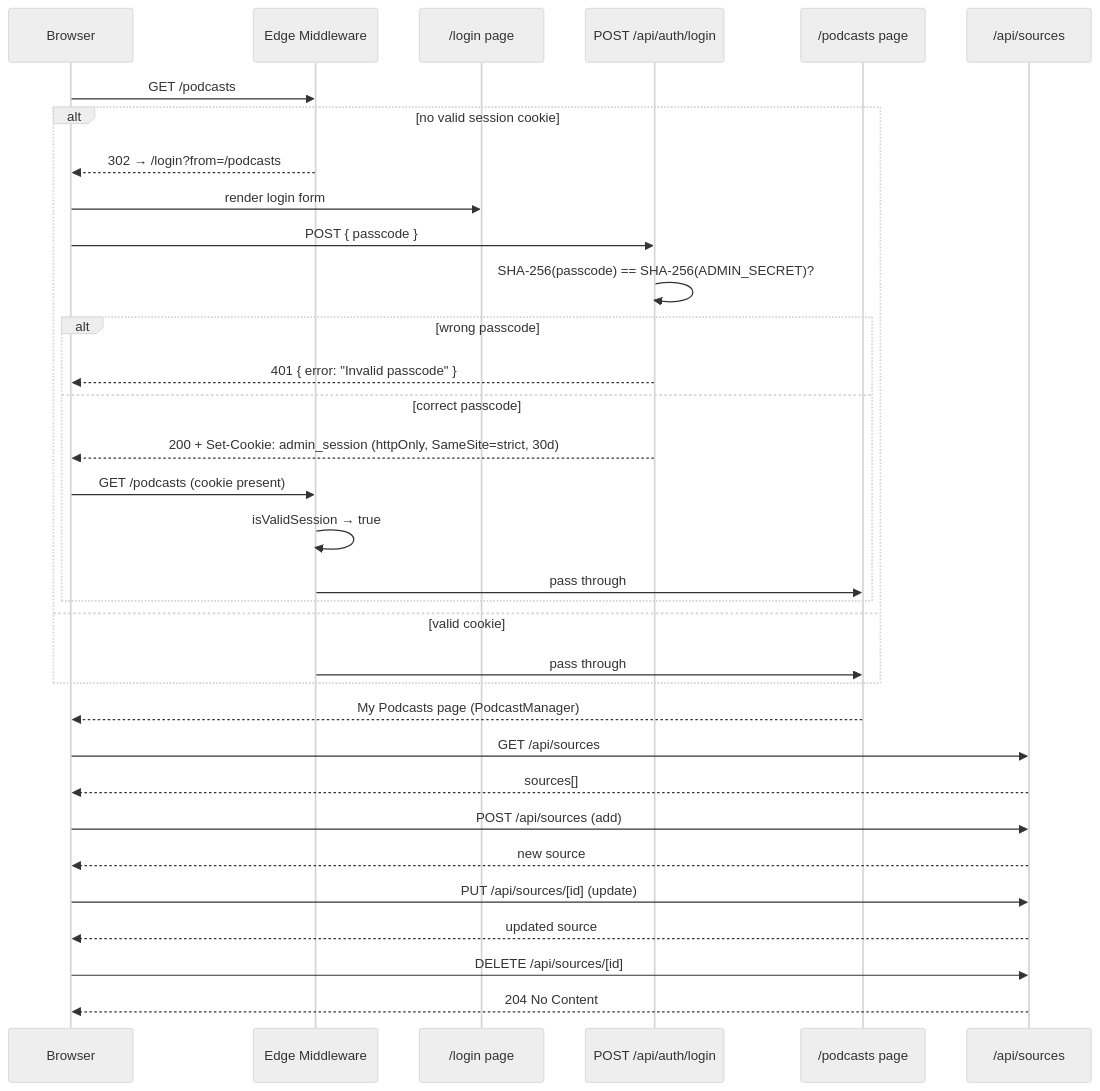
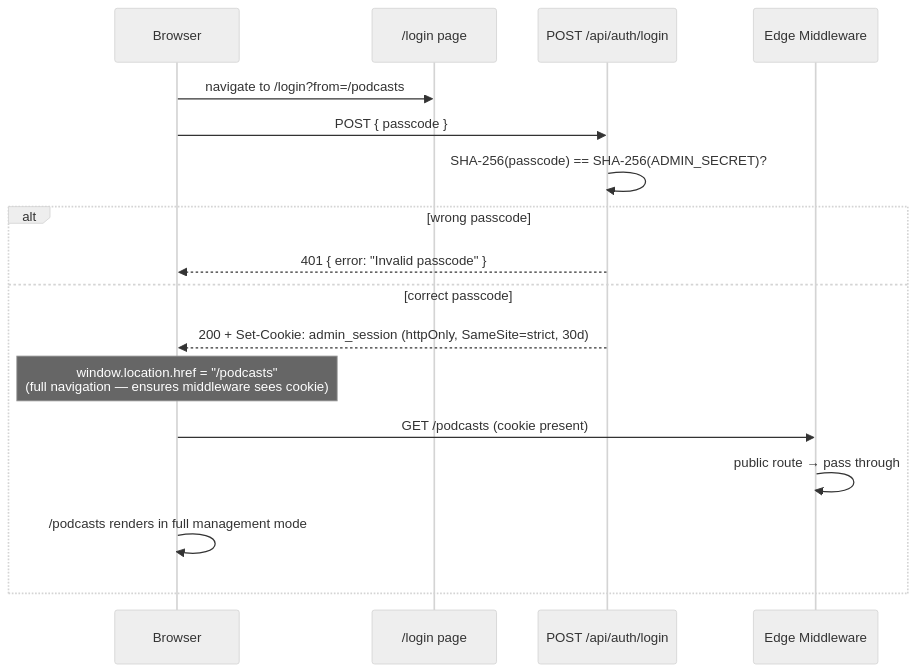
The fourth of 6 diagrams in docs/request-workflow.md (vtghub/PodcastsSummarizer), drawn with Mermaid (neutral theme) before and after one commit. The commit also changed other lines of this file and 3 other files, not shown here.

First line of the commit message:
docs: update architecture, workflow diagrams and README for latest changes

````diff
--- a/docs/request-workflow.md
+++ b/docs/request-workflow.md
@@ -74,40 +104,21 @@
 ```mermaid
 sequenceDiagram
     participant B as Browser
-    participant MW as Edge Middleware
     participant LP as /login page
     participant LA as POST /api/auth/login
-    participant PP as /podcasts page
-    participant SA as /api/sources
+    participant MW as Edge Middleware
 
-    B->>MW: GET /podcasts
+    B->>LP: navigate to /login?from=/podcasts
+    B->>LA: POST { passcode }
+    LA->>LA: SHA-256(passcode) == SHA-256(ADMIN_SECRET)?
 
-    alt no valid session cookie
-        MW-->>B: 302 → /login?from=/podcasts
-        B->>LP: render login form
-
-        B->>LA: POST { passcode }
-        LA->>LA: SHA-256(passcode) == SHA-256(ADMIN_SECRET)?
-
-        alt wrong passcode
-            LA-->>B: 401 { error: "Invalid passcode" }
-        else correct passcode
-            LA-->>B: 200 + Set-Cookie: admin_session (httpOnly, SameSite=strict, 30d)
-            B->>MW: GET /podcasts  (cookie present)
-            MW->>MW: isValidSession → true
-            MW->>PP: pass through
-        end
-    else valid cookie
-        MW->>PP: pass through
+    alt wrong passcode
+        LA-->>B: 401 { error: "Invalid passcode" }
+    else correct passcode
+        LA-->>B: 200 + Set-Cookie: admin_session (httpOnly, SameSite=strict, 30d)
+        Note over B: window.location.href = "/podcasts"<br/>(full navigation — ensures middleware sees cookie)
+        B->>MW: GET /podcasts (cookie present)
+        MW->>MW: public route → pass through
+        B->>B: /podcasts renders in full management mode
     end
-
-    PP-->>B: My Podcasts page (PodcastManager)
-    B->>SA: GET /api/sources
-    SA-->>B: sources[]
-    B->>SA: POST /api/sources  (add)
-    SA-->>B: new source
-    B->>SA: PUT /api/sources/[id]  (update)
-    SA-->>B: updated source
-    B->>SA: DELETE /api/sources/[id]
-    SA-->>B: 204 No Content
 ```
````
